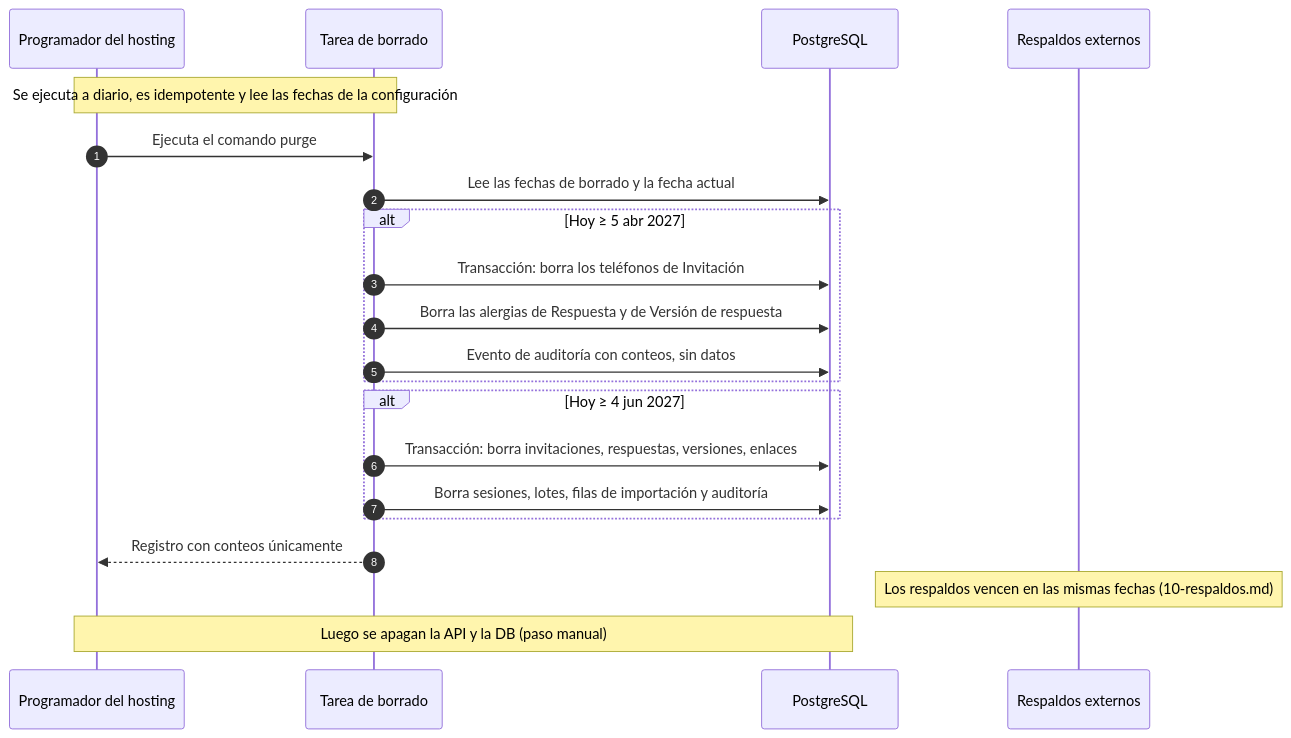
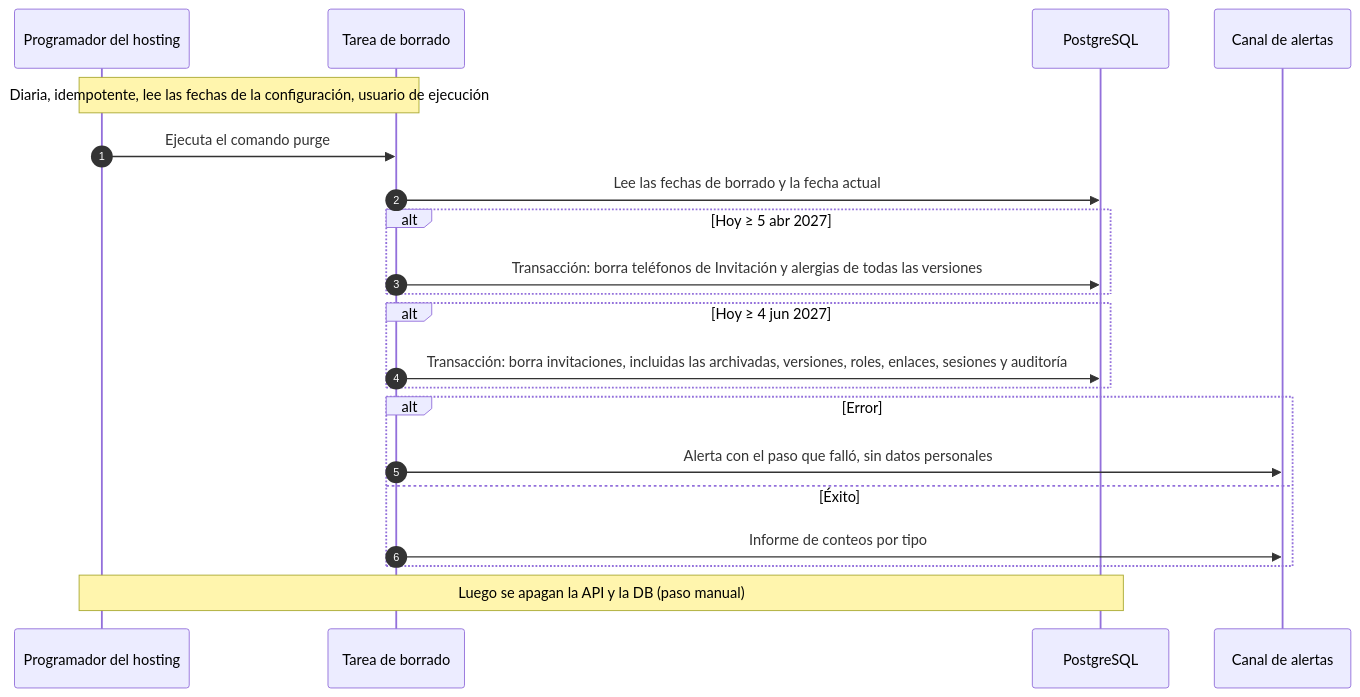
Before and after one commit to Mayra-ux/ma-wedding: the sixth of 6 diagrams in docs/architecture/04-flujos-admin.md, drawn with Mermaid. The commit also changed other lines of this file and 26 other files, not shown here.

````diff
--- a/docs/architecture/04-flujos-admin.md
+++ b/docs/architecture/04-flujos-admin.md
@@ -148,24 +148,24 @@
 ```mermaid
 sequenceDiagram
   autonumber
   participant S as Programador del hosting
   participant J as Tarea de borrado
   participant D as PostgreSQL
-  participant B as Respaldos externos
+  participant L as Canal de alertas
 
-  Note over S,J: Se ejecuta a diario, es idempotente y lee las fechas de la configuración
+  Note over S,J: Diaria, idempotente, lee las fechas de la configuración, usuario de ejecución
   S->>J: Ejecuta el comando purge
   J->>D: Lee las fechas de borrado y la fecha actual
   alt Hoy ≥ 5 abr 2027
-    J->>D: Transacción: borra los teléfonos de Invitación
-    J->>D: Borra las alergias de Respuesta y de Versión de respuesta
-    J->>D: Evento de auditoría con conteos, sin datos
+    J->>D: Transacción: borra teléfonos de Invitación y alergias de todas las versiones
   end
   alt Hoy ≥ 4 jun 2027
-    J->>D: Transacción: borra invitaciones, respuestas, versiones, enlaces
-    J->>D: Borra sesiones, lotes, filas de importación y auditoría
+    J->>D: Transacción: borra invitaciones, incluidas las archivadas, versiones, roles, enlaces, sesiones y auditoría
   end
-  J-->>S: Registro con conteos únicamente
-  Note over B: Los respaldos vencen en las mismas fechas (10-respaldos.md)
+  alt Error
+    J->>L: Alerta con el paso que falló, sin datos personales
+  else Éxito
+    J->>L: Informe de conteos por tipo
+  end
   Note over S,D: Luego se apagan la API y la DB (paso manual)
 ```
````
